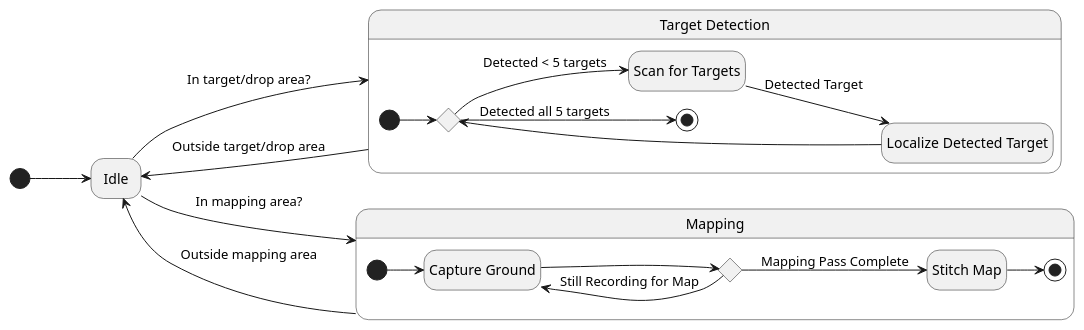
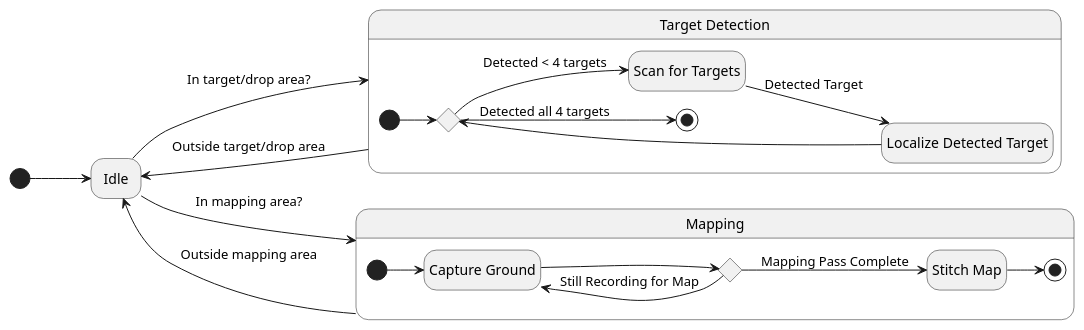
Before and after one commit to PurdueAerialRoboticsTeam/feonix-docs: the seventh of 9 diagrams in docs/index.md, drawn with PlantUML.

Commit message:
Fixed target numbers

````diff
--- a/docs/index.md
+++ b/docs/index.md
@@ -188,36 +188,36 @@
 ```plantuml
 @startuml
 hide empty description
 left to right direction
 
 state Idle
 state "Target Detection" as TargetingState {
     state choice1 <<choice>>
     state "Scan for Targets" as Detect
     state "Localize Detected Target" as LocalizeDetectedTarget
 
     [*] --> choice1
     Detect --> LocalizeDetectedTarget : Detected Target
     LocalizeDetectedTarget --> choice1
-    choice1 --> Detect : Detected < 5 targets
-    choice1 --> [*] : Detected all 5 targets
+    choice1 --> Detect : Detected < 4 targets
+    choice1 --> [*] : Detected all 4 targets
 }
 state "Mapping" as MappingState {
     state CaptureGround as "Capture Ground"
     state StitchMap as "Stitch Map"
     state choice2 <<choice>>
 
     [*] --> CaptureGround
     CaptureGround --> choice2
     choice2 --> StitchMap : Mapping Pass Complete
     choice2 --> CaptureGround : Still Recording for Map
     StitchMap --> [*]
 }
 
 [*] --> Idle
 Idle --> TargetingState : In target/drop area?
 TargetingState --> Idle : Outside target/drop area
 Idle --> MappingState : In mapping area?
 MappingState --> Idle : Outside mapping area
 @enduml
 ```
````
